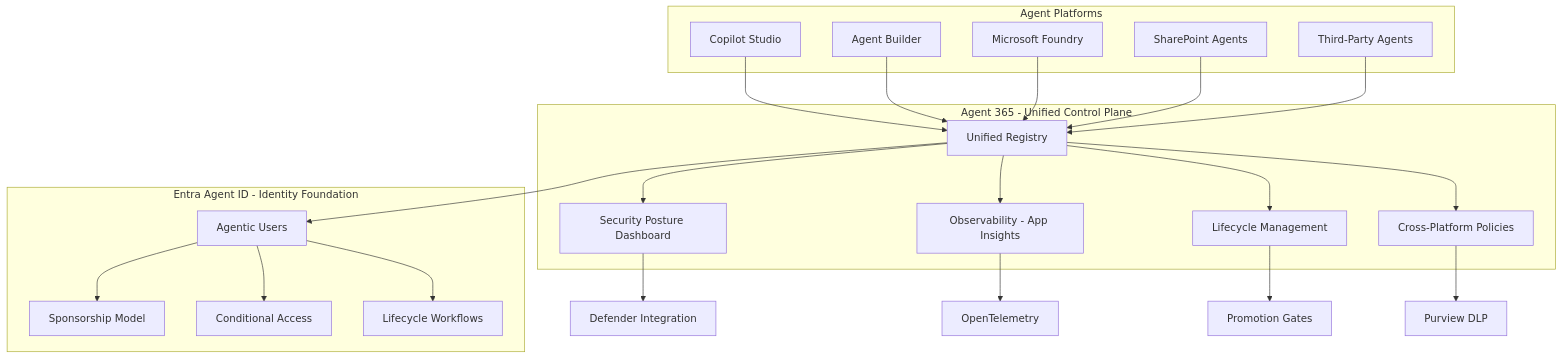
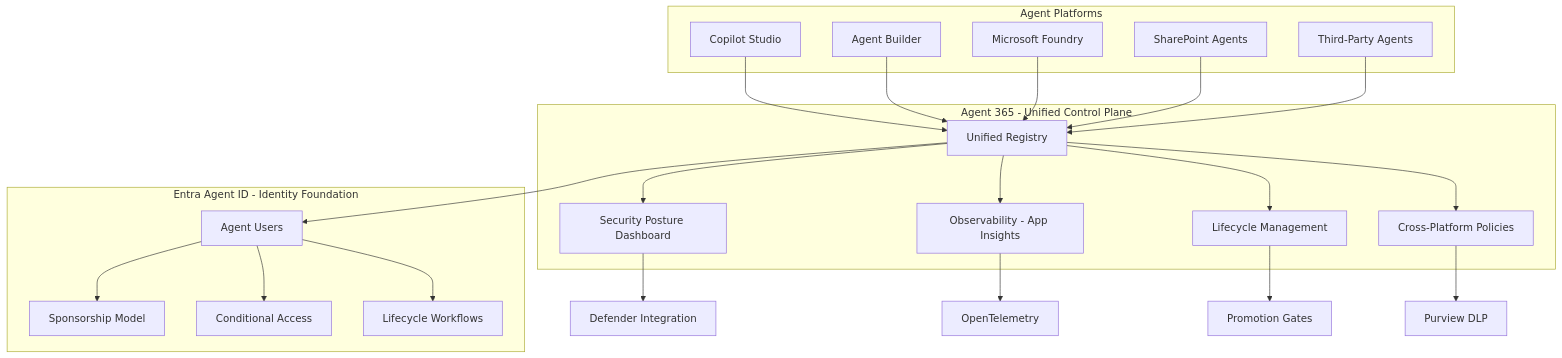
The second of 3 diagrams in docs/framework/agent-identity-architecture.md (judeper/FSI-AgentGov), drawn with Mermaid before and after one commit. The commit also changed other lines of this file and 12 other files, not shown here.

````diff
--- a/docs/framework/agent-identity-architecture.md
+++ b/docs/framework/agent-identity-architecture.md
@@ -436,46 +440,46 @@
 ```mermaid
 graph TD
     subgraph "Agent Platforms"
         A[Copilot Studio]
         B[Agent Builder]
         C[Microsoft Foundry]
         D[SharePoint Agents]
         E[Third-Party Agents]
     end
 
     subgraph "Entra Agent ID - Identity Foundation"
-        F[Agentic Users]
+        F[Agent Users]
         G[Sponsorship Model]
         H[Conditional Access]
         I[Lifecycle Workflows]
     end
 
     subgraph "Agent 365 - Unified Control Plane"
         J[Unified Registry]
         K[Security Posture Dashboard]
         L[Observability - App Insights]
         M[Lifecycle Management]
         N[Cross-Platform Policies]
     end
 
     A --> J
     B --> J
     C --> J
     D --> J
     E --> J
 
     J --> F
     F --> G
     F --> H
     F --> I
 
     J --> K
     J --> L
     J --> M
     J --> N
 
     K --> O[Defender Integration]
     L --> P[OpenTelemetry]
     M --> Q[Promotion Gates]
     N --> R[Purview DLP]
 ```
````
